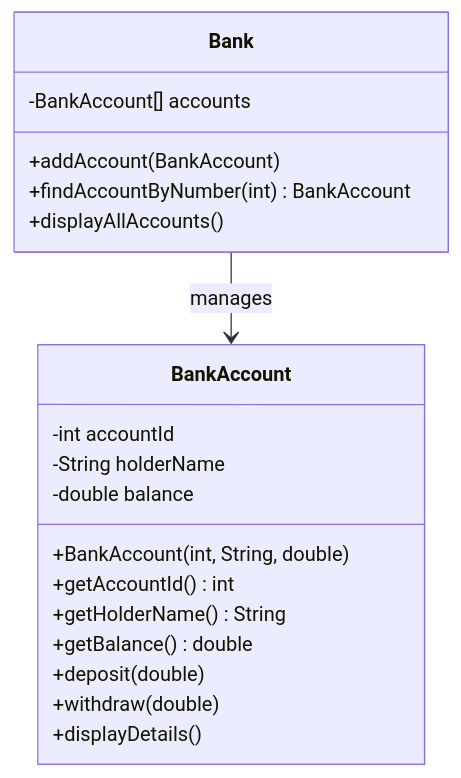
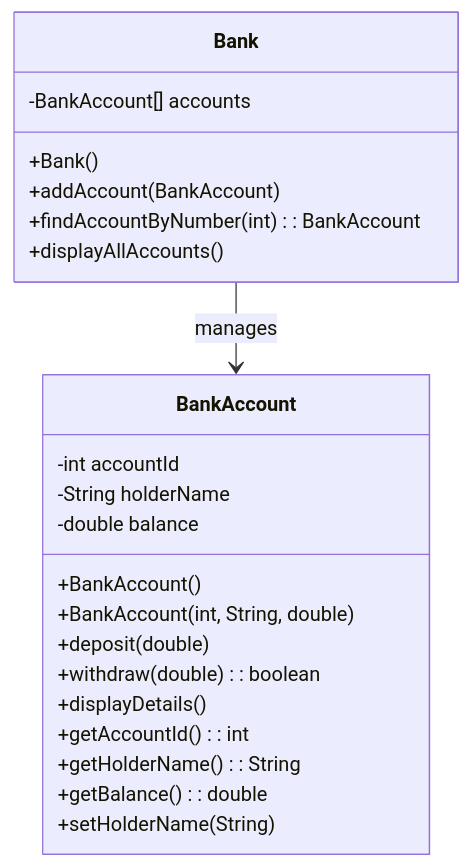
Before and after one commit to Lagmouchyoussef/java-oop-bank-library: the second of 5 diagrams in README.md, drawn with Mermaid. The commit also changed other lines of this file, not shown here.

````diff
--- a/README.md
+++ b/README.md
@@ -295,24 +632,27 @@
 ```mermaid
 classDiagram
     class BankAccount {
         -int accountId
         -String holderName
         -double balance
+        +BankAccount()
         +BankAccount(int, String, double)
-        +getAccountId() int
-        +getHolderName() String
-        +getBalance() double
         +deposit(double)
-        +withdraw(double)
+        +withdraw(double): boolean
         +displayDetails()
+        +getAccountId(): int
+        +getHolderName(): String
+        +getBalance(): double
+        +setHolderName(String)
     }
 
     class Bank {
         -BankAccount[] accounts
+        +Bank()
         +addAccount(BankAccount)
-        +findAccountByNumber(int) BankAccount
+        +findAccountByNumber(int): BankAccount
         +displayAllAccounts()
     }
 
     Bank --> BankAccount : manages
 ```
````
